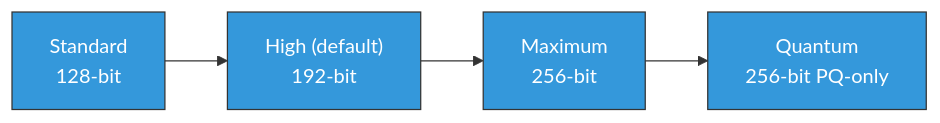
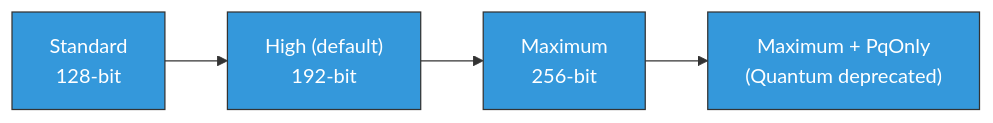
The fifth of 6 diagrams in docs/SECURITY_GUIDE.md (LatticeArc/latticearc), drawn with Mermaid before and after one commit. The commit also changed other lines of this file and 73 other files, not shown here.

First line of the commit message:
feat(crypto): v0.6.0 — CryptoMode axis, PQ-only encryption, SecurityLevel::Quantum deprecation

````diff
--- a/docs/SECURITY_GUIDE.md
+++ b/docs/SECURITY_GUIDE.md
@@ -324,9 +324,9 @@
 ```mermaid
 flowchart LR
     S["Standard\n128-bit"] --> H["High (default)\n192-bit"]
     H --> M["Maximum\n256-bit"]
-    M --> Q["Quantum\n256-bit PQ-only"]
+    M --> Q["Maximum + PqOnly\n(Quantum deprecated)"]
 
     classDef level fill:#3498db,stroke:#333,color:#fff
     class S,H,M,Q level
 ```
````
